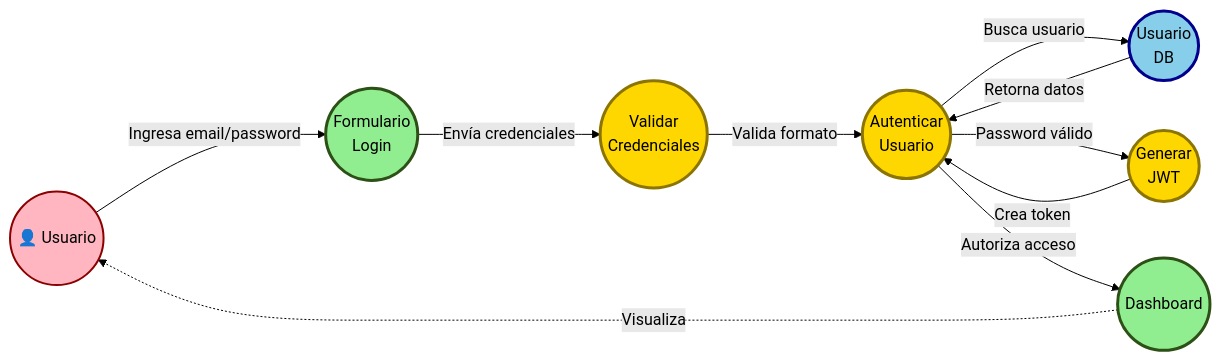
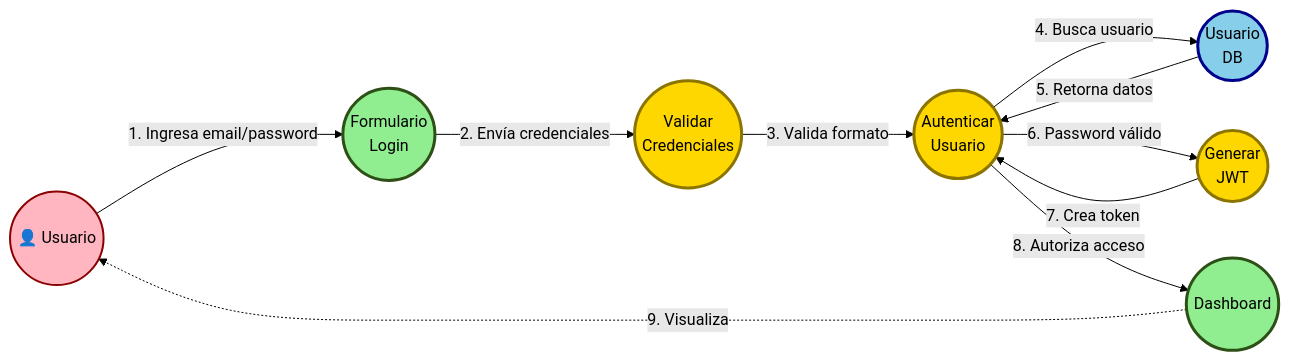
The second of 5 diagrams in diagrama-robustez-uml.md (cgala/TFI_HybridParking), drawn with Mermaid (forest theme) before and after one commit. The commit also changed other lines of this file, not shown here.

First line of the commit message:
Fix: Restaurar numeración secuencial en flechas de diagramas de robustez

````diff
--- a/diagrama-robustez-uml.md
+++ b/diagrama-robustez-uml.md
@@ -95,36 +95,36 @@
 ```mermaid
 graph LR
     Actor((👤 Usuario))
 
     %% BOUNDARIES
     B1((Formulario<br/>Login))
     B2((Dashboard))
 
     %% CONTROLS
     C1((Validar<br/>Credenciales))
     C2((Autenticar<br/>Usuario))
     C3((Generar<br/>JWT))
 
     %% ENTITIES
     E1((Usuario<br/>DB))
 
-    Actor -->|Ingresa email/password| B1
-    B1 -->|Envía credenciales| C1
-    C1 -->|Valida formato| C2
-    C2 -->|Busca usuario| E1
-    E1 -->|Retorna datos| C2
-    C2 -->|Password válido| C3
-    C3 -->|Crea token| C2
-    C2 -->|Autoriza acceso| B2
-    B2 -.->|Visualiza| Actor
+    Actor -->|1. Ingresa email/password| B1
+    B1 -->|2. Envía credenciales| C1
+    C1 -->|3. Valida formato| C2
+    C2 -->|4. Busca usuario| E1
+    E1 -->|5. Retorna datos| C2
+    C2 -->|6. Password válido| C3
+    C3 -->|7. Crea token| C2
+    C2 -->|8. Autoriza acceso| B2
+    B2 -.->|9. Visualiza| Actor
 
     classDef boundary fill:#90EE90,stroke:#2d5016,stroke-width:3px,color:#000
     classDef control fill:#FFD700,stroke:#8B7500,stroke-width:3px,color:#000
     classDef entity fill:#87CEEB,stroke:#00008B,stroke-width:3px,color:#000
     classDef actor fill:#FFB6C1,stroke:#8B0000,stroke-width:2px,color:#000
 
     class B1,B2 boundary
     class C1,C2,C3 control
     class E1 entity
     class Actor actor
 ```
````
